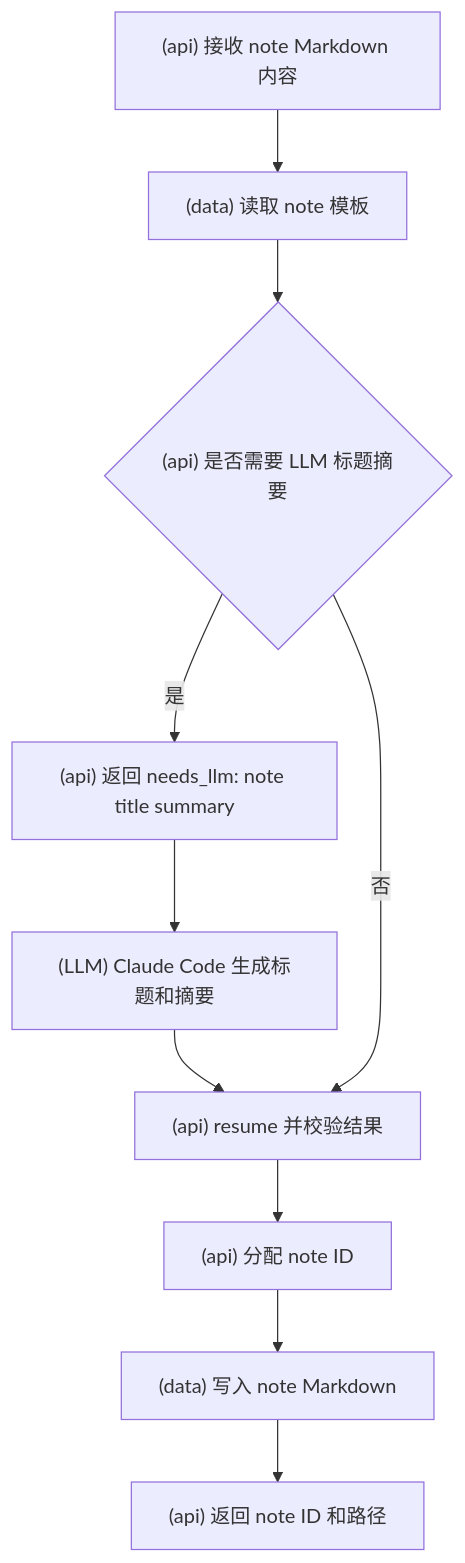
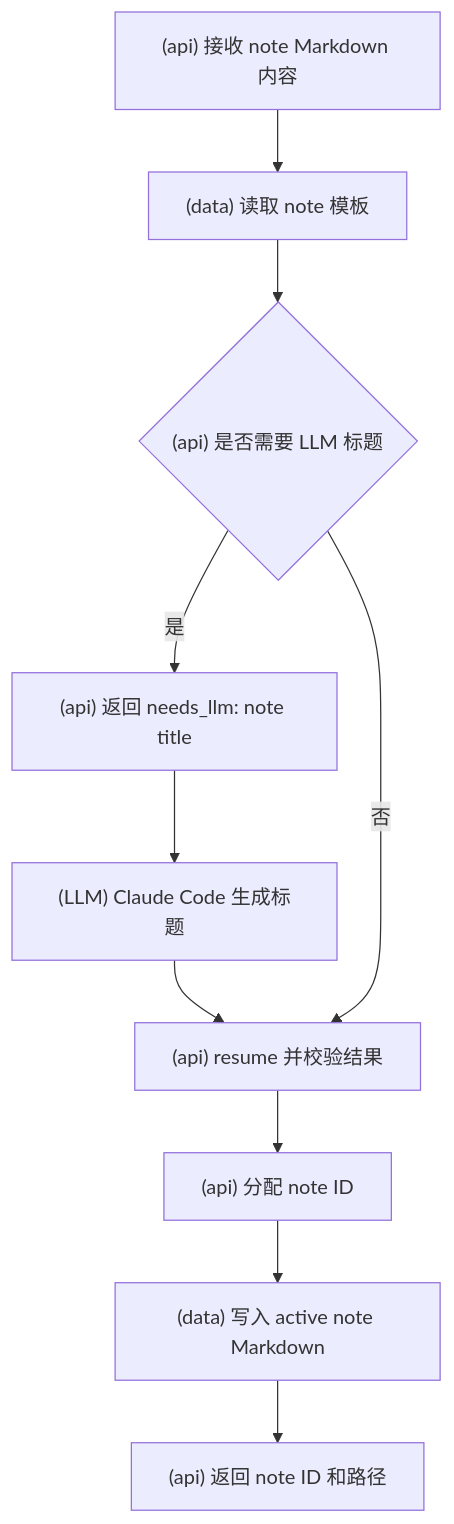
Diagram 13 of 17 in docs/流程图.md (srangerme/KBManager), drawn with Mermaid before and after one commit. The commit also changed other lines of this file and 34 other files, not shown here.

````diff
--- a/docs/流程图.md
+++ b/docs/流程图.md
@@ -150,12 +150,12 @@
 ```mermaid
 flowchart TD
   A["(api) 接收 note Markdown 内容"] --> B["(data) 读取 note 模板"]
-  B --> C{"(api) 是否需要 LLM 标题摘要"}
-  C -- 是 --> D["(api) 返回 needs_llm: note title summary"]
-  D --> E["(LLM) Claude Code 生成标题和摘要"]
+  B --> C{"(api) 是否需要 LLM 标题"}
+  C -- 是 --> D["(api) 返回 needs_llm: note title"]
+  D --> E["(LLM) Claude Code 生成标题"]
   E --> F["(api) resume 并校验结果"]
   C -- 否 --> F
   F --> G["(api) 分配 note ID"]
-  G --> H["(data) 写入 note Markdown"]
+  G --> H["(data) 写入 active note Markdown"]
   H --> I["(api) 返回 note ID 和路径"]
 ```
````
